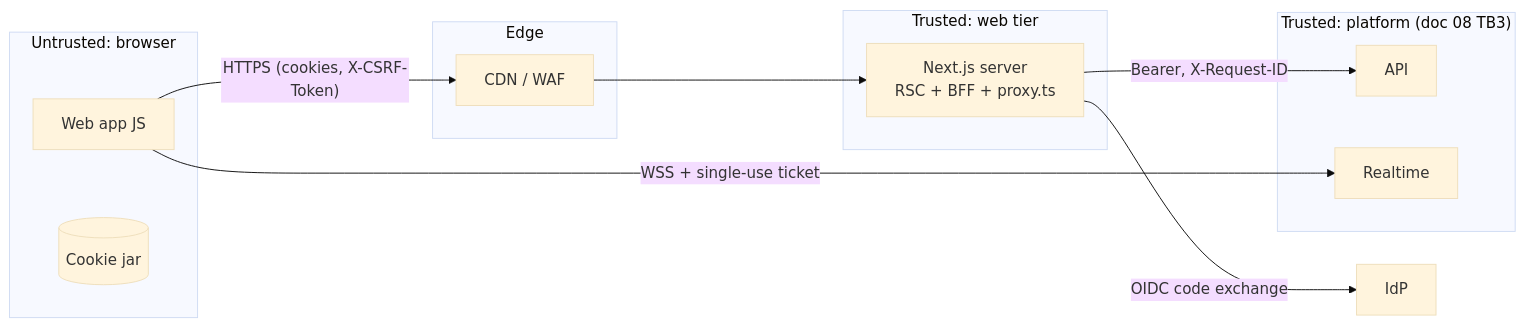
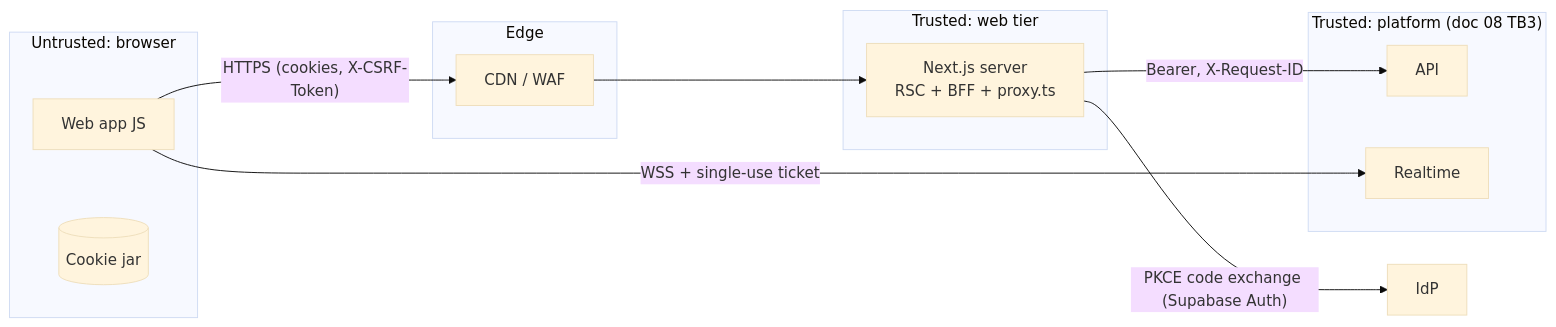
The diagram in docs/web/08-security-privacy.md (winner-dev123/travel-buddy), drawn with Mermaid (base theme) before and after one commit. The commit also changed other lines of this file and 42 other files, not shown here.

First line of the commit message:
feat(web): Supabase Auth identity adapter (ADR-0020)

````diff
--- a/docs/web/08-security-privacy.md
+++ b/docs/web/08-security-privacy.md
@@ -32,22 +32,22 @@
 ```mermaid
 flowchart LR
   subgraph TBW1["Untrusted: browser"]
     JS[Web app JS]
     CJ[(Cookie jar)]
   end
   subgraph TBW2["Edge"]
     CDN[CDN / WAF]
   end
   subgraph TBW3["Trusted: web tier"]
     NX[Next.js server<br/>RSC + BFF + proxy.ts]
   end
   subgraph TB3["Trusted: platform (doc 08 TB3)"]
     API[API]
     RT[Realtime]
   end
   IDP[IdP]
   JS -- "HTTPS (cookies, X-CSRF-Token)" --> CDN --> NX
   NX -- "Bearer, X-Request-ID" --> API
   JS -- "WSS + single-use ticket" --> RT
-  NX -- "OIDC code exchange" --> IDP
+  NX -- "PKCE code exchange (Supabase Auth)" --> IDP
 ```
````
